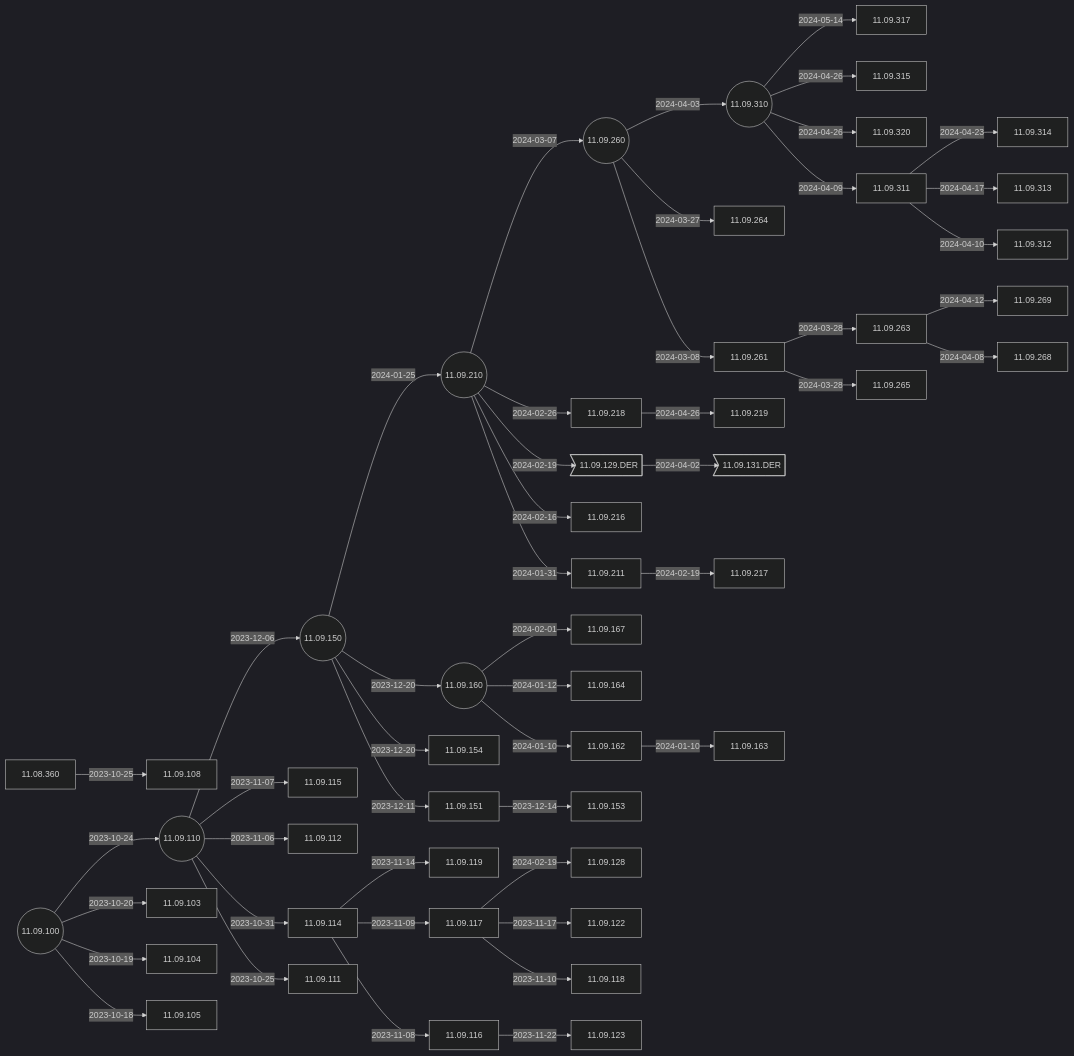
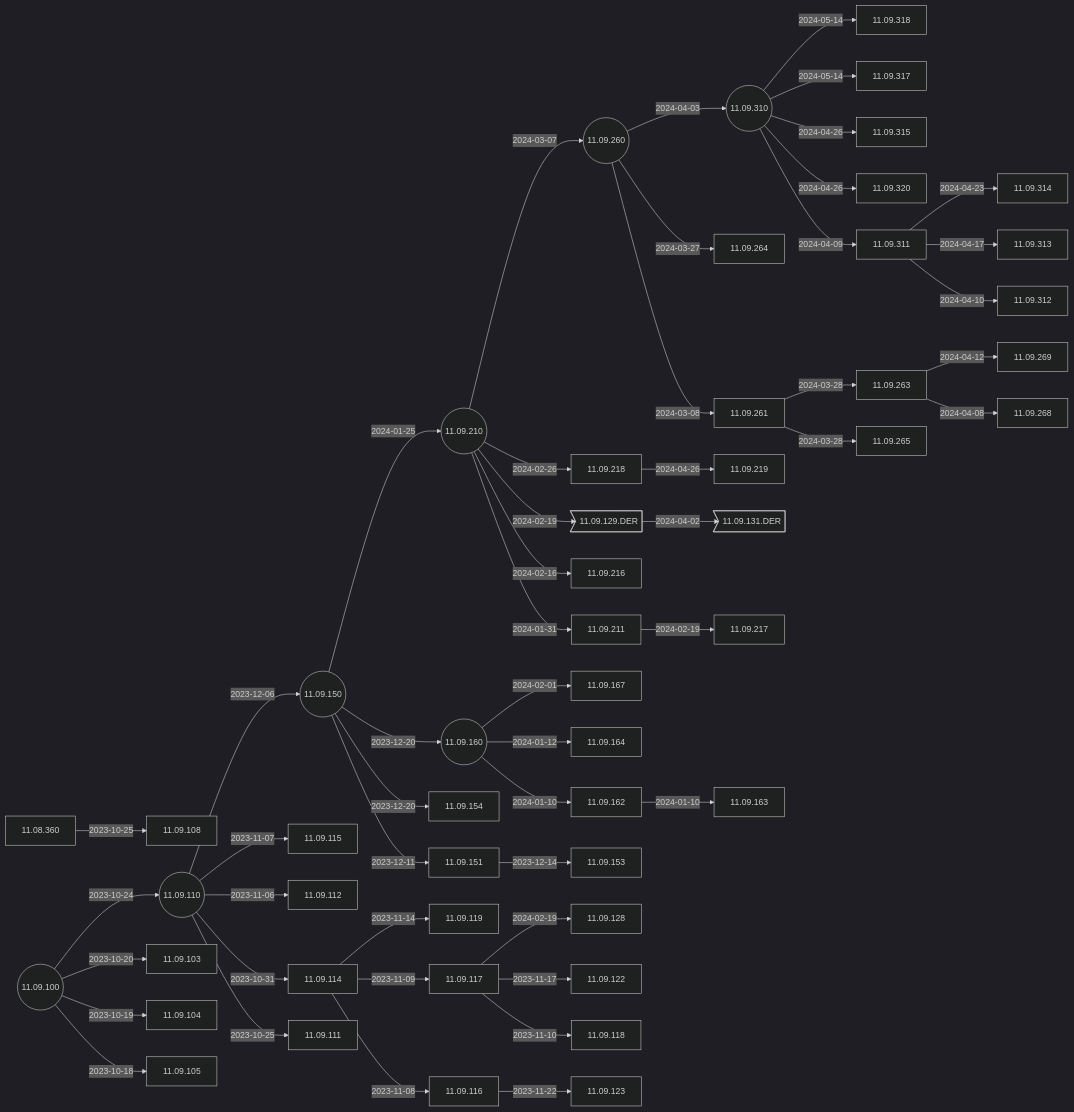
The second of 5 diagrams in docs/Docs/ReleaseNotes/01-OS11/README.md (IGEL-Community/IGEL-Docs-v02), drawn with Mermaid (dark theme) before and after one commit. The commit also changed 2 other files, not shown here.

Commit message:
11.09.318 < 11.09.310

````diff
--- a/docs/Docs/ReleaseNotes/01-OS11/README.md
+++ b/docs/Docs/ReleaseNotes/01-OS11/README.md
@@ -41,5 +41,6 @@
 ```mermaid
 flowchart LR
+    11.09.310-- 2024-05-14 -->11.09.318
     11.09.310-- 2024-05-14 -->11.09.317
     11.09.310-- 2024-04-26 -->11.09.315
     11.09.218-- 2024-04-26 -->11.09.219
@@ -89,6 +90,7 @@
     11.09.100-- 2023-10-19 -->11.09.104
     11.09.100-- 2023-10-18 -->11.09.105
     11.09.100((11.09.100))
+    click 11.09.318 "https://github.com/IGEL-Community/IGEL-Docs-v02/tree/main/docs/Docs/ReleaseNotes/01-OS11/readme11.09.318.txt" _blank
     click 11.09.317 "https://github.com/IGEL-Community/IGEL-Docs-v02/tree/main/docs/Docs/ReleaseNotes/01-OS11/readme11.09.317.txt" _blank
     click 11.09.315 "https://github.com/IGEL-Community/IGEL-Docs-v02/tree/main/docs/Docs/ReleaseNotes/01-OS11/readme11.09.315.txt" _blank
     click 11.09.219 "https://github.com/IGEL-Community/IGEL-Docs-v02/tree/main/docs/Docs/ReleaseNotes/01-OS11/readme11.09.219.txt" _blank
````
